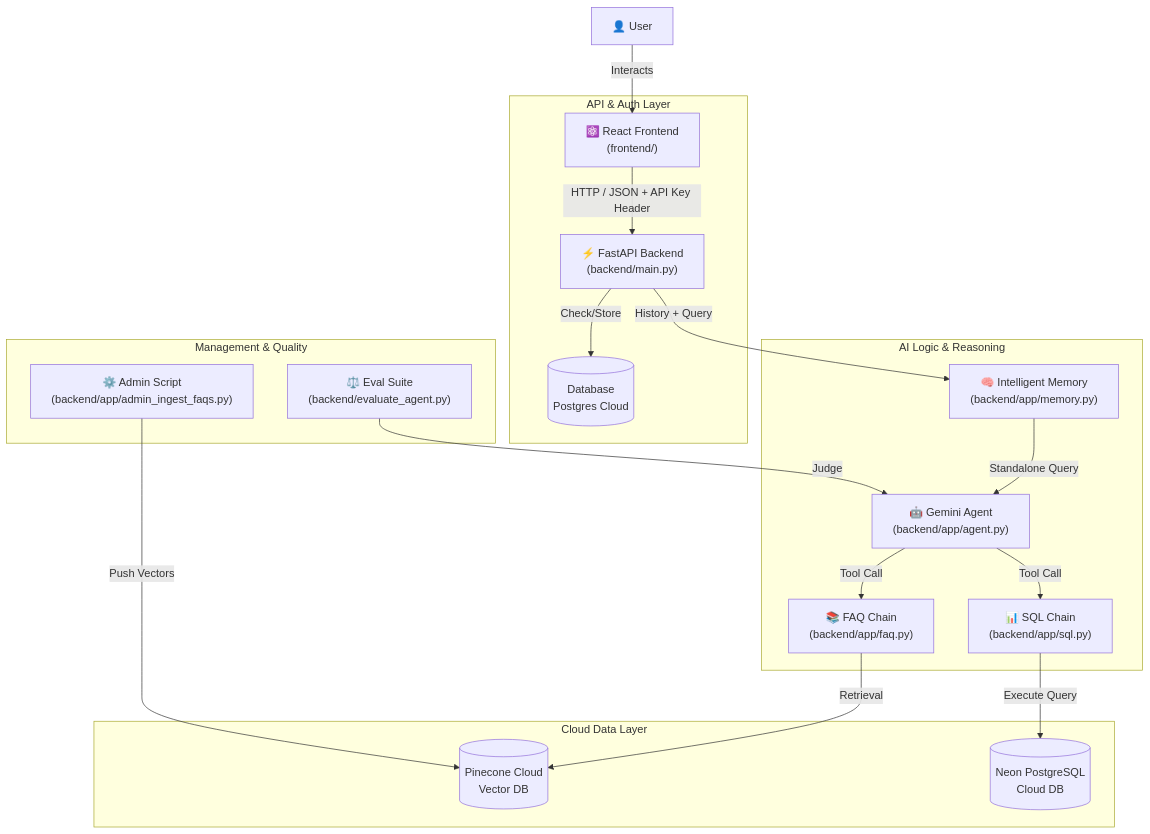
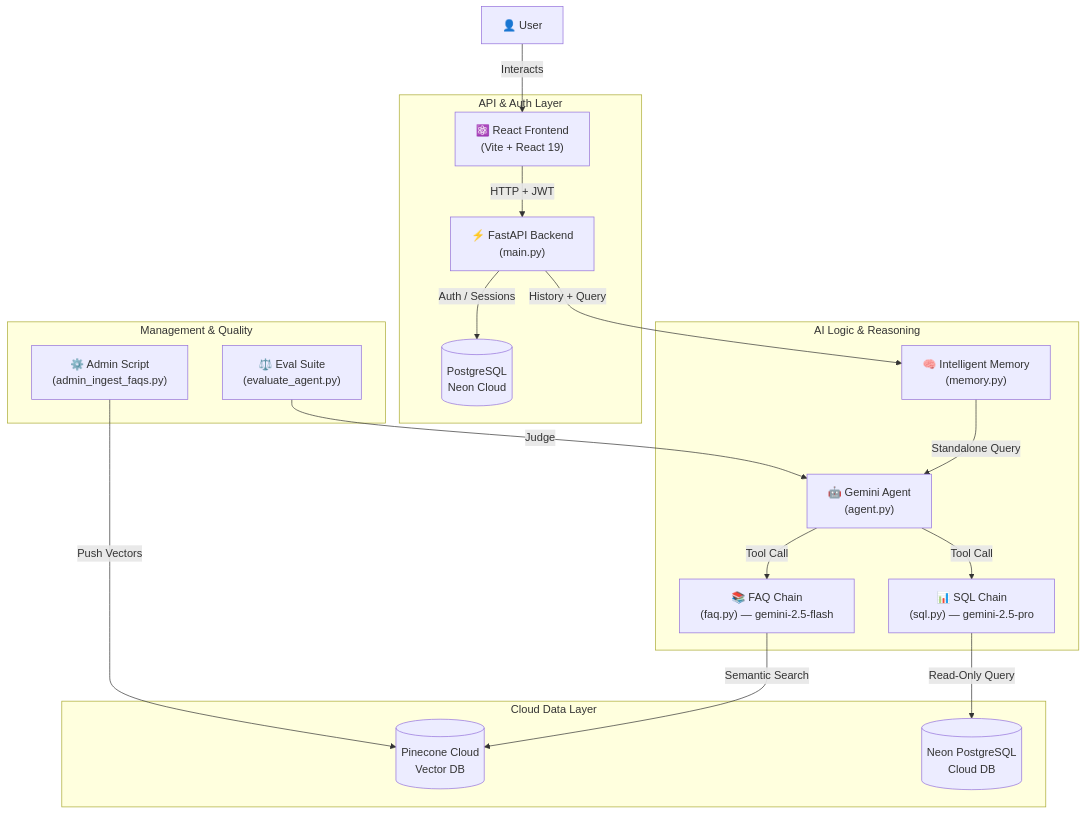
Before and after one commit to VIVPM/ecommerce-agent: the diagram in README.md, drawn with Mermaid. The commit also changed other lines of this file and 9 other files, not shown here.

Commit message:
refactor: update agent pipeline, API client, and auth UI

````diff
--- a/README.md
+++ b/README.md
@@ -24,32 +29,32 @@
 ```mermaid
 graph TD
     %% Frontend
-    User[👤 User] -->|Interacts| React["⚛️ React Frontend<br>(frontend/)"]
-    
+    User[👤 User] -->|Interacts| React["⚛️ React Frontend<br>(Vite + React 19)"]
+
     %% Auth & API Layer
     subgraph API_Layer [API & Auth Layer]
-        React -->|HTTP / JSON + API Key Header| FastAPI["⚡ FastAPI Backend<br>(backend/main.py)"]
-        FastAPI -->|Check/Store| DB[(Database<br>Postgres Cloud)]
+        React -->|HTTP + JWT| FastAPI["⚡ FastAPI Backend<br>(main.py)"]
+        FastAPI -->|Auth / Sessions| DB[(PostgreSQL<br>Neon Cloud)]
     end
-    
+
     %% Logic Layer
     subgraph Backend_Logic [AI Logic & Reasoning]
-        FastAPI -->|History + Query| Memory["🧠 Intelligent Memory<br>(backend/app/memory.py)"]
-        Memory -->|Standalone Query| Agent["🤖 Gemini Agent<br>(backend/app/agent.py)"]
-        
-        Agent -->|Tool Call| FAQ["📚 FAQ Chain<br>(backend/app/faq.py)"]
-        Agent -->|Tool Call| SQL["📊 SQL Chain<br>(backend/app/sql.py)"]
+        FastAPI -->|History + Query| Memory["🧠 Intelligent Memory<br>(memory.py)"]
+        Memory -->|Standalone Query| Agent["🤖 Gemini Agent<br>(agent.py)"]
+
+        Agent -->|Tool Call| FAQ["📚 FAQ Chain<br>(faq.py) — gemini-2.5-flash"]
+        Agent -->|Tool Call| SQL["📊 SQL Chain<br>(sql.py) — gemini-2.5-pro"]
     end
 
     %% Data Layer
     subgraph Cloud_Storage [Cloud Data Layer]
-        FAQ -->|Retrieval| Pinecone[(Pinecone Cloud<br>Vector DB)]
-        SQL -->|Execute Query| Neon[(Neon PostgreSQL<br>Cloud DB)]
+        FAQ -->|Semantic Search| Pinecone[(Pinecone Cloud<br>Vector DB)]
+        SQL -->|Read-Only Query| Neon[(Neon PostgreSQL<br>Cloud DB)]
     end
 
     %% Admin & Eval
     subgraph Management [Management & Quality]
-        AdminScript["⚙️ Admin Script<br>(backend/app/admin_ingest_faqs.py)"] -->|Push Vectors| Pinecone
-        EvalSuite["⚖️ Eval Suite<br>(backend/evaluate_agent.py)"] -->|Judge| Agent
+        AdminScript["⚙️ Admin Script<br>(admin_ingest_faqs.py)"] -->|Push Vectors| Pinecone
+        EvalSuite["⚖️ Eval Suite<br>(evaluate_agent.py)"] -->|Judge| Agent
     end
 ```
````
